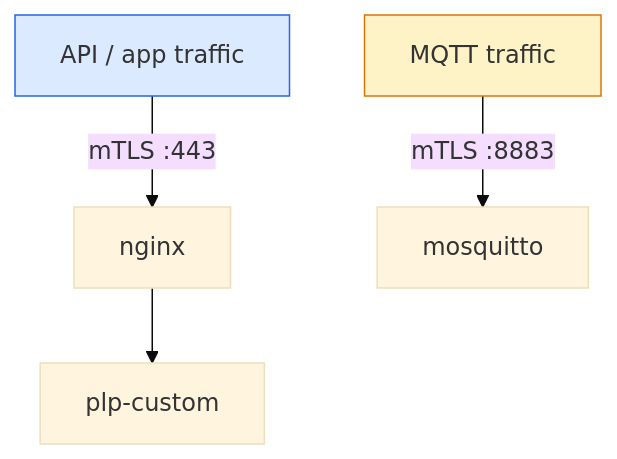
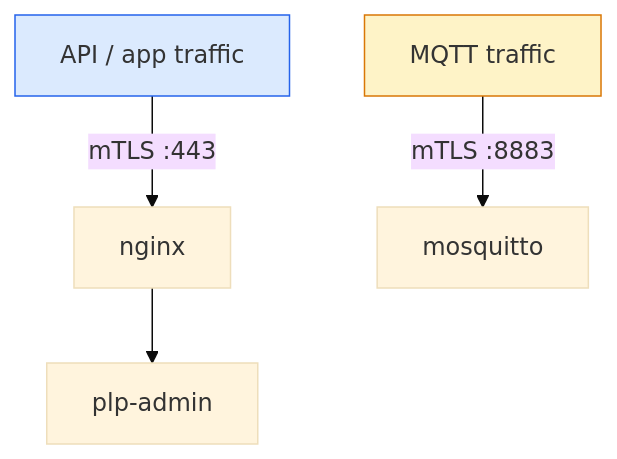
Before and after one commit to phraselock/PhraseLock-Bridge: the fifth of 7 diagrams in README.md, drawn with Mermaid (base theme). The commit also changed other lines of this file and 6 other files, not shown here.

First line of the commit message:
PLPServer installs plp-admin instead of plp-custom

````diff
--- a/README.md
+++ b/README.md
@@ -324,8 +324,8 @@
 ```mermaid
 flowchart TD
-    A[API / app traffic] -->|mTLS :443| N[nginx] --> C[plp-custom]
+    A[API / app traffic] -->|mTLS :443| N[nginx] --> C[plp-admin]
     M[MQTT traffic] -->|mTLS :8883| Q[mosquitto]
 
     style A fill:#dbeafe,stroke:#2563eb
     style M fill:#fef3c7,stroke:#d97706
 ```
````
